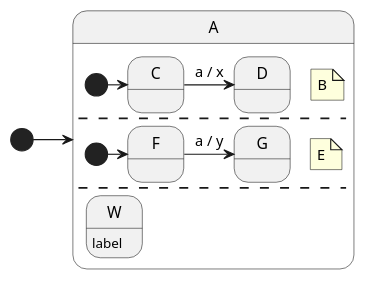
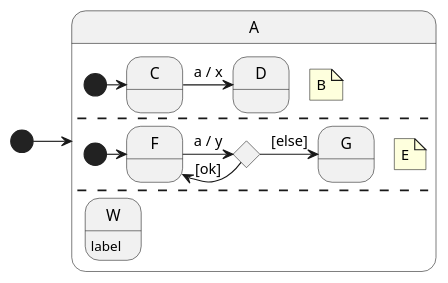
Before and after one commit to theodore-norvell/cogent: the diagram in foo.puml, drawn with PlantUML. The commit also changed 10 other files, not shown here.

```diff
--- a/foo.puml
+++ b/foo.puml
@@ -1,18 +1,21 @@
 @startuml
     [*] -> A
     state A {
         note "B" as B
         [*] -> C
         state C
         state D
         C -> D: a / x
         --
         note "E" as E
         [*] -> F
         state F
         state G
-        F -> G: a / y
+        state H <<choice>>
+        F -> H: a / y
+        H -> F: [ok] 
+        H -> G: [else]
         --
         state W : label
     }
 @enduml
```
